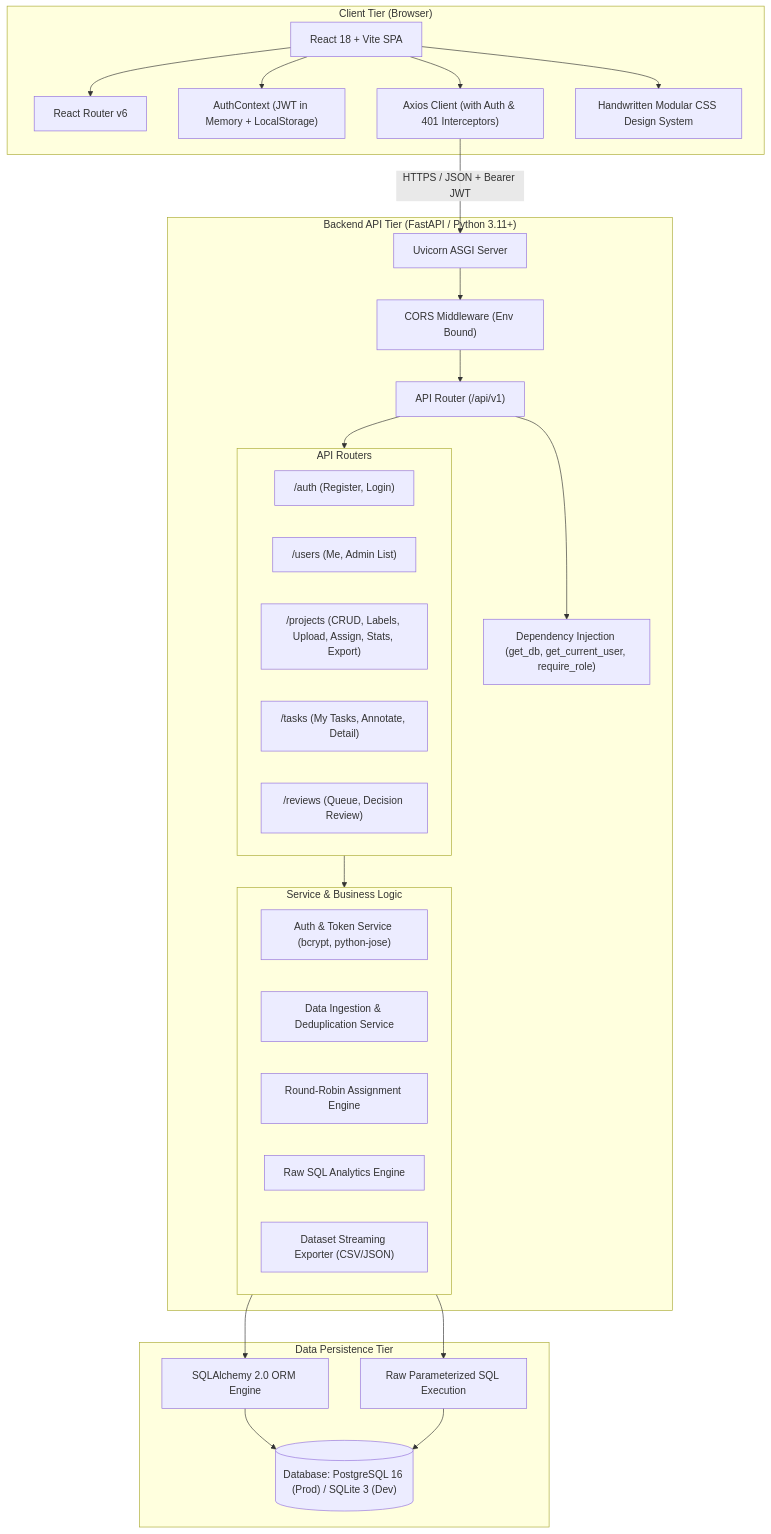
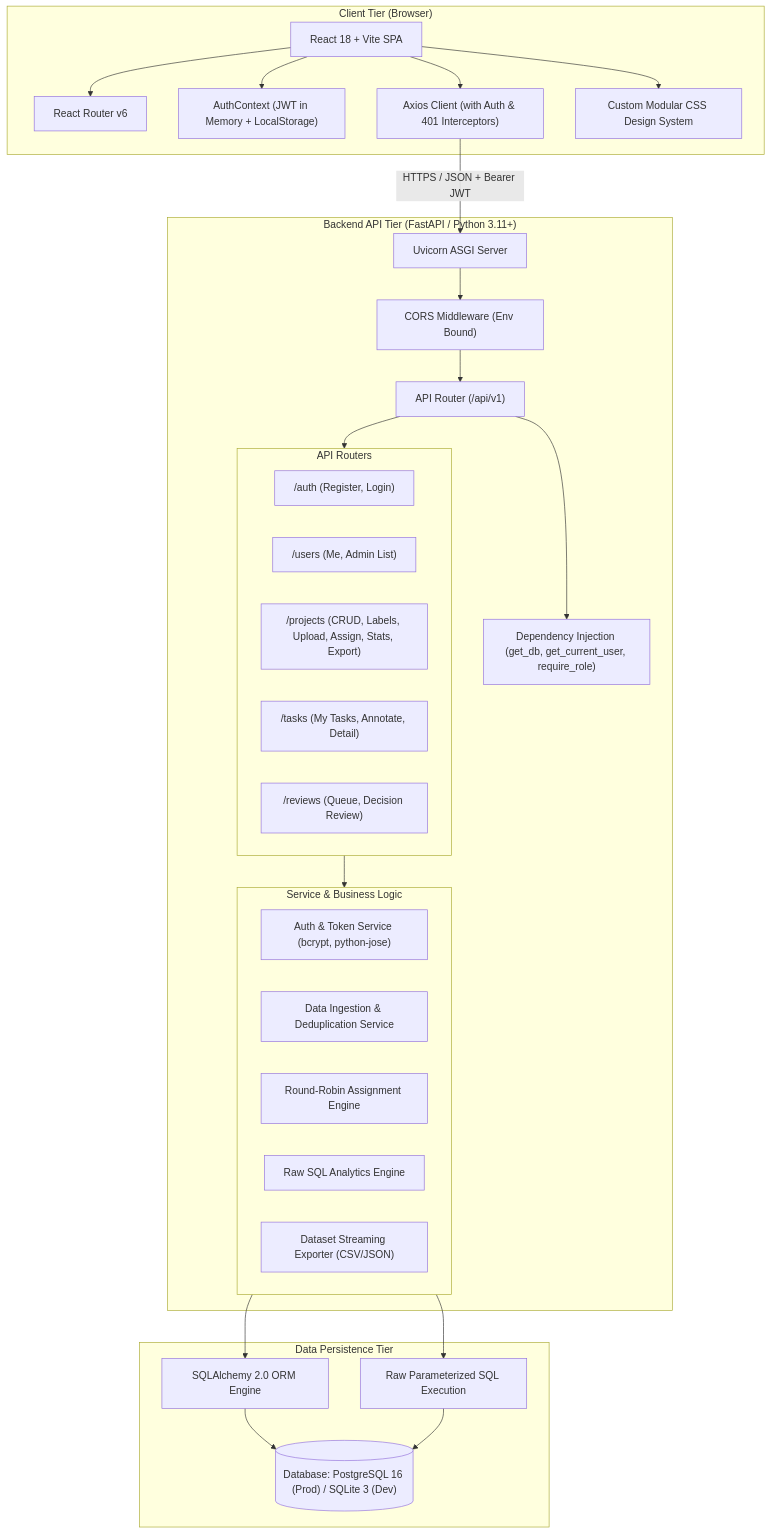
One commit to hegdeshrinivas1/LabelForge changed the first of 3 diagrams in labelforge/docs/DESIGN.md. Above: the diagram before and after it, drawn with Mermaid. The commit also changed 3 other files, not shown here.

Commit message:
docs: replace handwritten wording with custom CSS design system

````diff
--- a/labelforge/docs/DESIGN.md
+++ b/labelforge/docs/DESIGN.md
@@ -10,54 +10,54 @@
 ```mermaid
 flowchart TD
     subgraph ClientTier["Client Tier (Browser)"]
         SPA["React 18 + Vite SPA"]
         RC["React Router v6"]
         AC["AuthContext (JWT in Memory + LocalStorage)"]
         AX["Axios Client (with Auth & 401 Interceptors)"]
-        CSS["Handwritten Modular CSS Design System"]
+        CSS["Custom Modular CSS Design System"]
         SPA --> RC
         SPA --> AC
         SPA --> AX
         SPA --> CSS
     end
 
     subgraph APITier["Backend API Tier (FastAPI / Python 3.11+)"]
         Uvicorn["Uvicorn ASGI Server"]
         CORS["CORS Middleware (Env Bound)"]
         Router["API Router (/api/v1)"]
         DI["Dependency Injection (get_db, get_current_user, require_role)"]
         
         subgraph SubRouters["API Routers"]
             AuthR["/auth (Register, Login)"]
             UserR["/users (Me, Admin List)"]
             ProjR["/projects (CRUD, Labels, Upload, Assign, Stats, Export)"]
             TaskR["/tasks (My Tasks, Annotate, Detail)"]
             RevR["/reviews (Queue, Decision Review)"]
         end
 
         subgraph ServiceLayer["Service & Business Logic"]
             AuthSvc["Auth & Token Service (bcrypt, python-jose)"]
             IngestSvc["Data Ingestion & Deduplication Service"]
             AssignSvc["Round-Robin Assignment Engine"]
             StatSvc["Raw SQL Analytics Engine"]
             ExportSvc["Dataset Streaming Exporter (CSV/JSON)"]
         end
 
         Uvicorn --> CORS --> Router --> DI
         Router --> SubRouters
         SubRouters --> ServiceLayer
     end
 
     subgraph DataTier["Data Persistence Tier"]
         SQLA["SQLAlchemy 2.0 ORM Engine"]
         RAW["Raw Parameterized SQL Execution"]
         DB[("Database: PostgreSQL 16 (Prod) / SQLite 3 (Dev)")]
         
         ServiceLayer --> SQLA
         ServiceLayer --> RAW
         SQLA --> DB
         RAW --> DB
     end
 
     AX -->|"HTTPS / JSON + Bearer JWT"| Uvicorn
 ```
````
